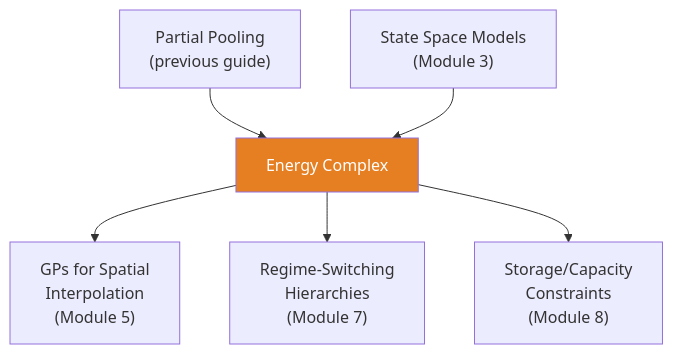
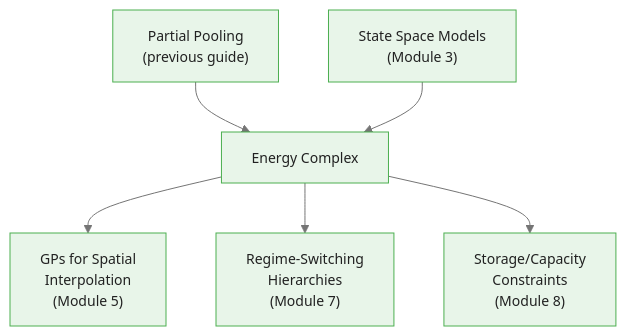
The third of 3 diagrams in courses/bayesian-commodity-forecasting/modules/module_04_hierarchical/guides/02_energy_complex_slides.md (m-deane/course-creator), drawn with Mermaid before and after one commit. The commit also changed other lines of this file and 104 other files, not shown here.

````diff
--- a/courses/bayesian-commodity-forecasting/modules/module_04_hierarchical/guides/02_energy_complex_slides.md
+++ b/courses/bayesian-commodity-forecasting/modules/module_04_hierarchical/guides/02_energy_complex_slides.md
@@ -284,9 +295,9 @@
 ```mermaid
+%%{init: {"theme": "base", "themeVariables": {"primaryColor": "#e8f5e9", "primaryBorderColor": "#4caf50", "primaryTextColor": "#212121", "secondaryColor": "#e3f2fd", "tertiaryColor": "#fff8e1", "lineColor": "#757575", "fontFamily": "Inter, sans-serif", "fontSize": "14px"}}}%%
 flowchart TD
     PP["Partial Pooling\n(previous guide)"] --> EC["Energy Complex"]
     SSM["State Space Models\n(Module 3)"] --> EC
     EC --> GP["GPs for Spatial\nInterpolation\n(Module 5)"]
     EC --> RS["Regime-Switching\nHierarchies\n(Module 7)"]
     EC --> FI["Storage/Capacity\nConstraints\n(Module 8)"]
-    style EC fill:#e67e22,color:#fff
 ```
````
